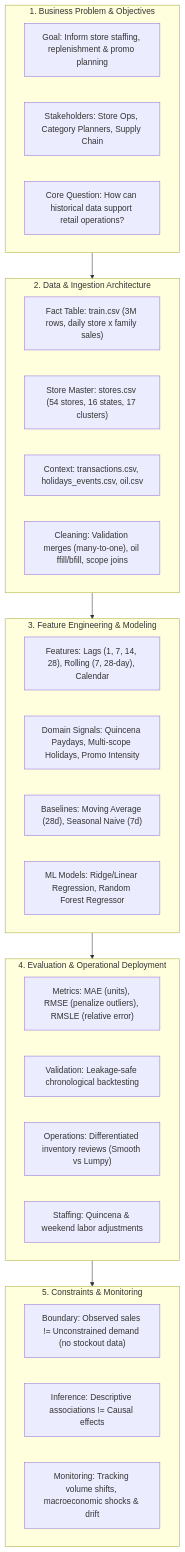
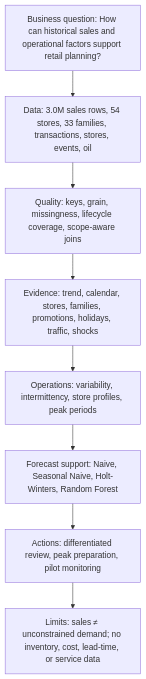
One commit to bhagathchan1/Data-Driven-Demand-Forecasting changed the diagram in DATA_SCIENCE_CANVAS.md. Above: the diagram before and after it, drawn with Mermaid. The commit also changed other lines of this file and 28 other files, not shown here.

````diff
--- a/DATA_SCIENCE_CANVAS.md
+++ b/DATA_SCIENCE_CANVAS.md
@@ -10,40 +8,12 @@
 ```mermaid
 flowchart TD
-    subgraph Business_Context["1. Business Problem & Objectives"]
-        B1["Goal: Inform store staffing, replenishment & promo planning"]
-        B2["Stakeholders: Store Ops, Category Planners, Supply Chain"]
-        B3["Core Question: How can historical data support retail operations?"]
-    end
-
-    subgraph Data_Foundations["2. Data & Ingestion Architecture"]
-        D1["Fact Table: train.csv (3M rows, daily store x family sales)"]
-        D2["Store Master: stores.csv (54 stores, 16 states, 17 clusters)"]
-        D3["Context: transactions.csv, holidays_events.csv, oil.csv"]
-        D4["Cleaning: Validation merges (many-to-one), oil ffill/bfill, scope joins"]
-    end
-
-    subgraph Analytics_Engine["3. Feature Engineering & Modeling"]
-        F1["Features: Lags (1, 7, 14, 28), Rolling (7, 28-day), Calendar"]
-        F2["Domain Signals: Quincena Paydays, Multi-scope Holidays, Promo Intensity"]
-        M1["Baselines: Moving Average (28d), Seasonal Naive (7d)"]
-        M2["ML Models: Ridge/Linear Regression, Random Forest Regressor"]
-    end
-
-    subgraph Decision_Execution["4. Evaluation & Operational Deployment"]
-        E1["Metrics: MAE (units), RMSE (penalize outliers), RMSLE (relative error)"]
-        E2["Validation: Leakage-safe chronological backtesting"]
-        O1["Operations: Differentiated inventory reviews (Smooth vs Lumpy)"]
-        O2["Staffing: Quincena & weekend labor adjustments"]
-    end
-
-    subgraph Governance_Constraints["5. Constraints & Monitoring"]
-        C1["Boundary: Observed sales != Unconstrained demand (no stockout data)"]
-        C2["Inference: Descriptive associations != Causal effects"]
-        C3["Monitoring: Tracking volume shifts, macroeconomic shocks & drift"]
-    end
-
-    Business_Context --> Data_Foundations
-    Data_Foundations --> Analytics_Engine
-    Analytics_Engine --> Decision_Execution
-    Decision_Execution --> Governance_Constraints
+    B["Business question: How can historical sales and operational factors support retail planning?"]
+    D["Data: 3.0M sales rows, 54 stores, 33 families, transactions, stores, events, oil"]
+    Q["Quality: keys, grain, missingness, lifecycle coverage, scope-aware joins"]
+    E["Evidence: trend, calendar, stores, families, promotions, holidays, traffic, shocks"]
+    O["Operations: variability, intermittency, store profiles, peak periods"]
+    F["Forecast support: Naive, Seasonal Naive, Holt-Winters, Random Forest"]
+    A["Actions: differentiated review, peak preparation, pilot monitoring"]
+    L["Limits: sales ≠ unconstrained demand; no inventory, cost, lead-time, or service data"]
+    B --> D --> Q --> E --> O --> F --> A --> L
 ```
````
